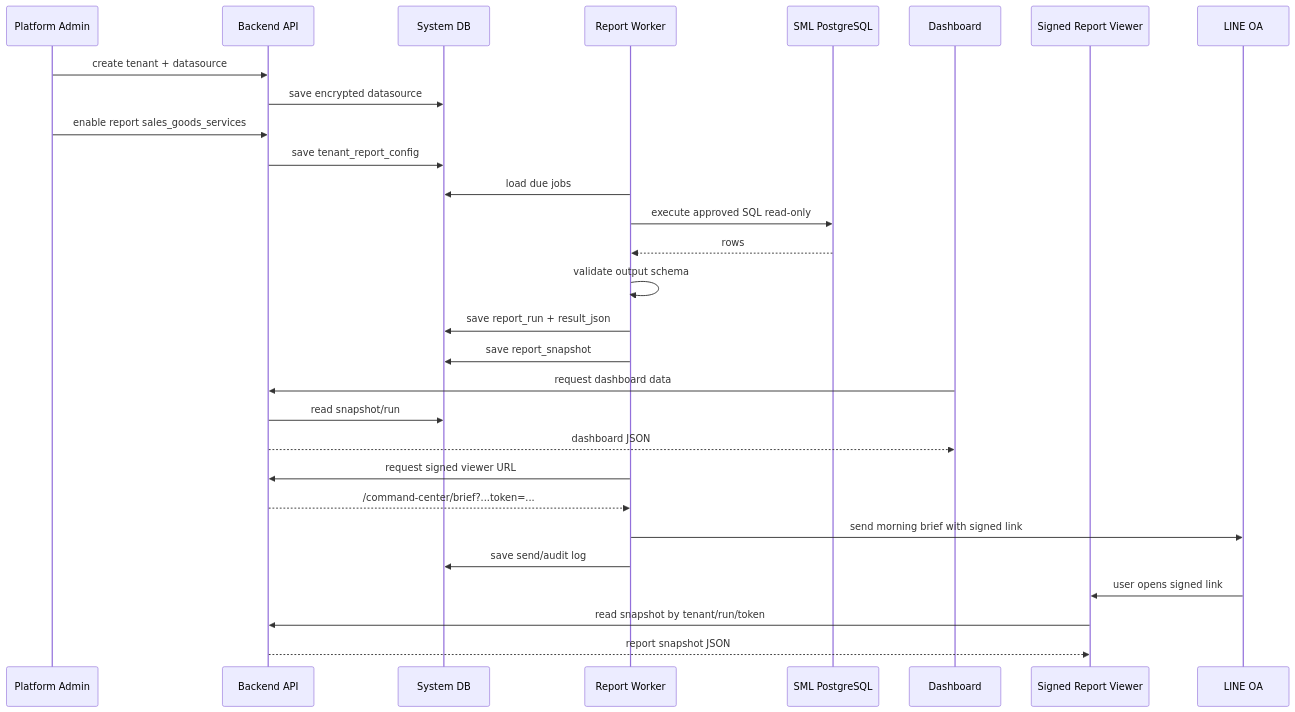
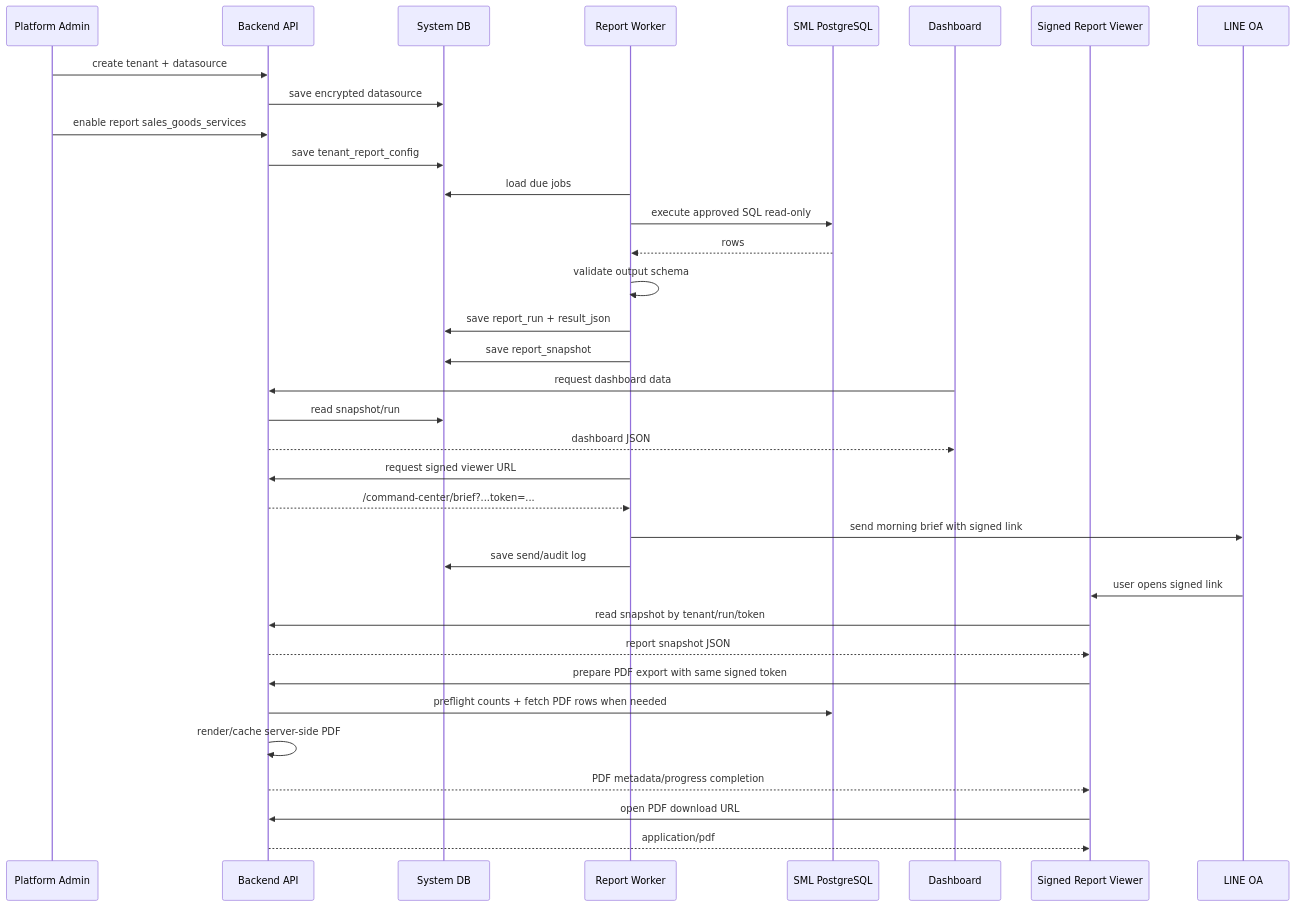
Before and after one commit to bosocmputer/ai-business-command-center: the first of 2 diagrams in docs/03_DATA_FLOW_TH.md, drawn with Mermaid. The commit also changed other lines of this file and 9 other files, not shown here.

Commit message:
Update docs for SML PDF export v5

````diff
--- a/docs/03_DATA_FLOW_TH.md
+++ b/docs/03_DATA_FLOW_TH.md
@@ -9,32 +9,38 @@
 ```mermaid
 sequenceDiagram
     participant Admin as Platform Admin
     participant API as Backend API
     participant DB as System DB
     participant Worker as Report Worker
     participant SML as SML PostgreSQL
     participant Web as Dashboard
     participant Brief as Signed Report Viewer
     participant LINE as LINE OA
 
     Admin->>API: create tenant + datasource
     API->>DB: save encrypted datasource
     Admin->>API: enable report sales_goods_services
     API->>DB: save tenant_report_config
     Worker->>DB: load due jobs
     Worker->>SML: execute approved SQL read-only
     SML-->>Worker: rows
     Worker->>Worker: validate output schema
     Worker->>DB: save report_run + result_json
     Worker->>DB: save report_snapshot
     Web->>API: request dashboard data
     API->>DB: read snapshot/run
     API-->>Web: dashboard JSON
     Worker->>API: request signed viewer URL
     API-->>Worker: /command-center/brief?...token=...
     Worker->>LINE: send morning brief with signed link
     Worker->>DB: save send/audit log
     LINE->>Brief: user opens signed link
     Brief->>API: read snapshot by tenant/run/token
     API-->>Brief: report snapshot JSON
+    Brief->>API: prepare PDF export with same signed token
+    API->>SML: preflight counts + fetch PDF rows when needed
+    API->>API: render/cache server-side PDF
+    API-->>Brief: PDF metadata/progress completion
+    Brief->>API: open PDF download URL
+    API-->>Brief: application/pdf
 ```
````
